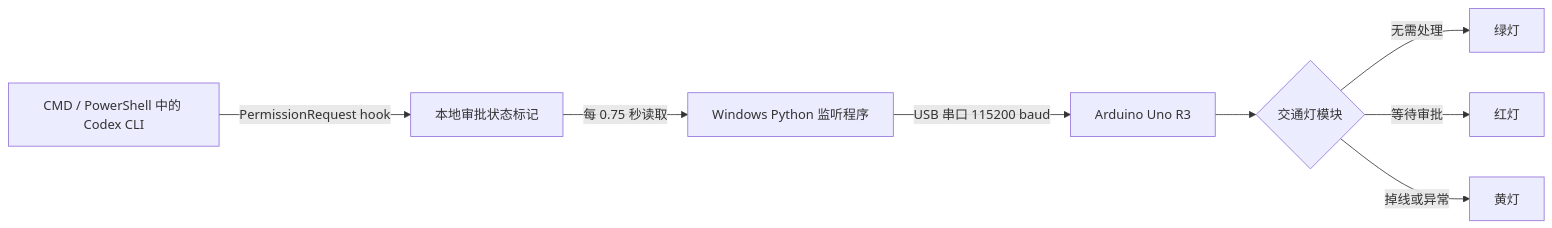
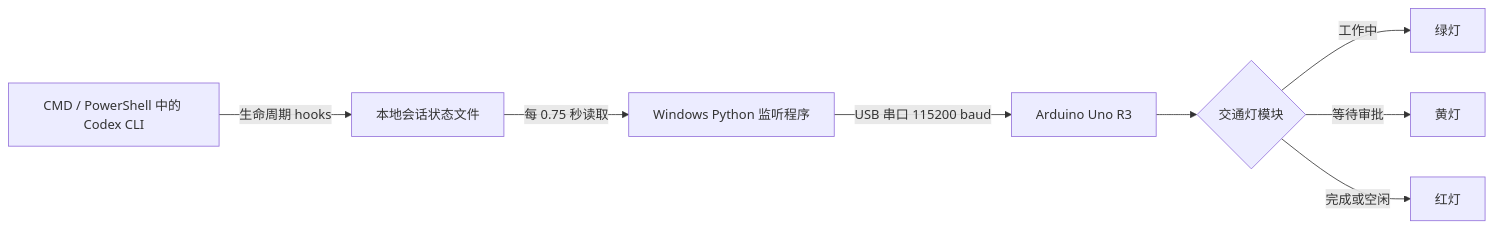
One commit to anonymousguestme-ctrl/Codex-Status-Traffic-Light changed the diagram in README.md. Above: the diagram before and after it, drawn with Mermaid. The commit also changed other lines of this file and 8 other files, not shown here.

````diff
--- a/README.md
+++ b/README.md
@@ -40,10 +40,10 @@
 ```mermaid
 flowchart LR
-    A[CMD / PowerShell 中的 Codex CLI] -->|PermissionRequest hook| B[本地审批状态标记]
+    A[CMD / PowerShell 中的 Codex CLI] -->|生命周期 hooks| B[本地会话状态文件]
     B -->|每 0.75 秒读取| C[Windows Python 监听程序]
     C -->|USB 串口 115200 baud| E[Arduino Uno R3]
     E --> D{交通灯模块}
-    D -->|无需处理| G[绿灯]
-    D -->|等待审批| R[红灯]
-    D -->|掉线或异常| Y[黄灯]
+    D -->|工作中| G[绿灯]
+    D -->|等待审批| Y[黄灯]
+    D -->|完成或空闲| R[红灯]
 ```
````
